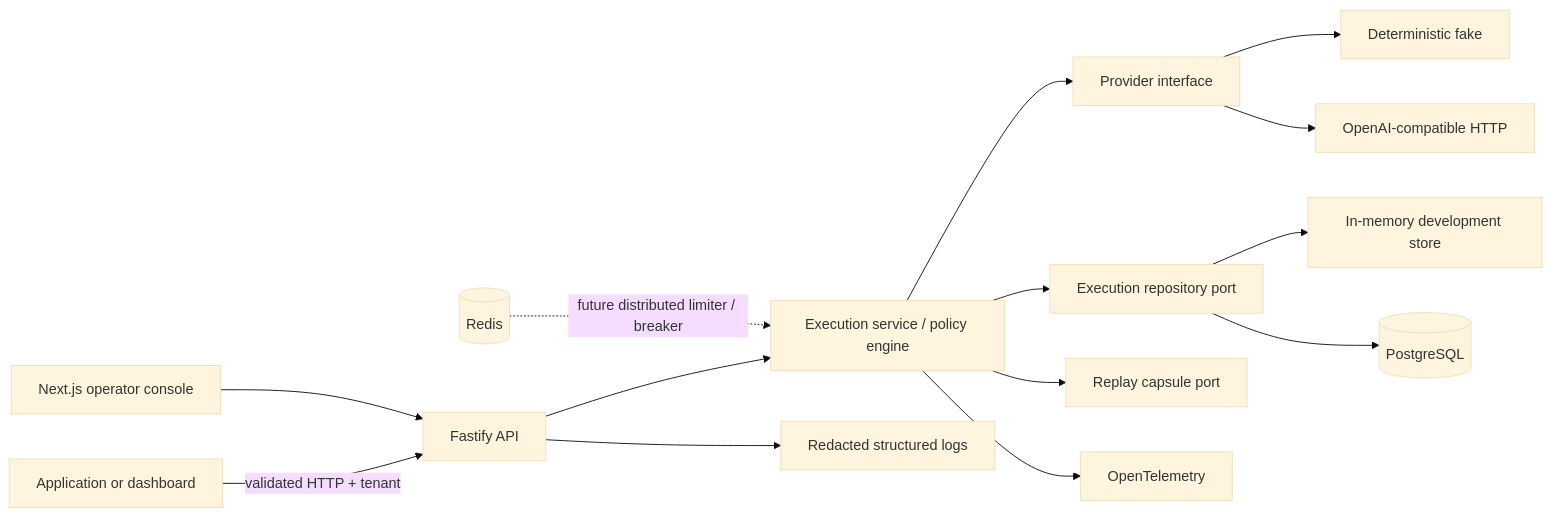
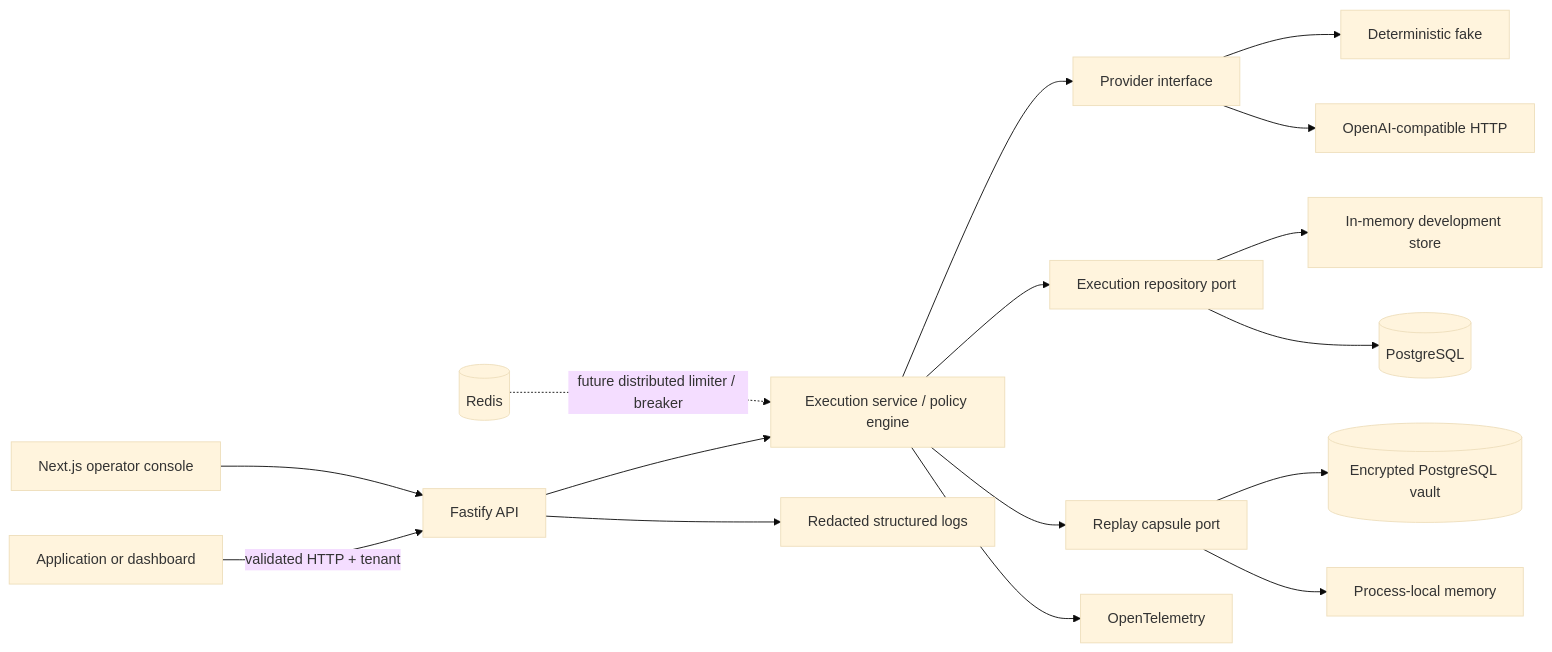
One commit to jpollard-github/reliability-lab changed the diagram in README.md. Above: the diagram before and after it, drawn with Mermaid (base theme). The commit also changed other lines of this file and 31 other files, not shown here.

````diff
--- a/README.md
+++ b/README.md
@@ -38,16 +40,18 @@
 ```mermaid
 flowchart LR
   Client[Application or dashboard] -->|validated HTTP + tenant| API[Fastify API]
   API --> Service[Execution service / policy engine]
   Service --> Primary[Provider interface]
   Primary --> Fake[Deterministic fake]
   Primary --> Live[OpenAI-compatible HTTP]
   Service --> Repo[Execution repository port]
   Repo --> Memory[In-memory development store]
   Repo --> PG[(PostgreSQL)]
   Service --> Capsule[Replay capsule port]
+  Capsule --> Vault[(Encrypted PostgreSQL vault)]
+  Capsule --> CapsuleMemory[Process-local memory]
   Service --> OTel[OpenTelemetry]
   API --> Pino[Redacted structured logs]
   Web[Next.js operator console] --> API
   Redis[(Redis)] -. future distributed limiter / breaker .-> Service
 ```
````
